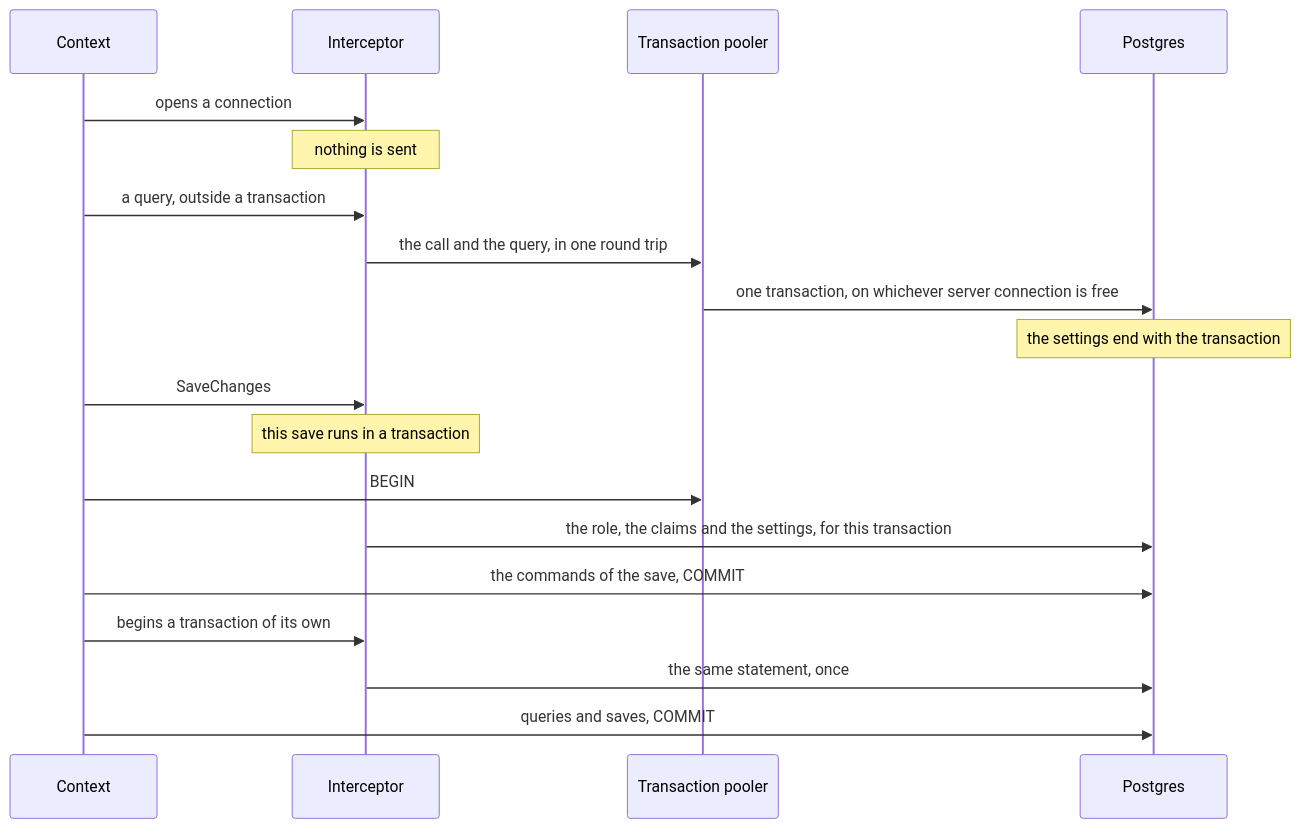
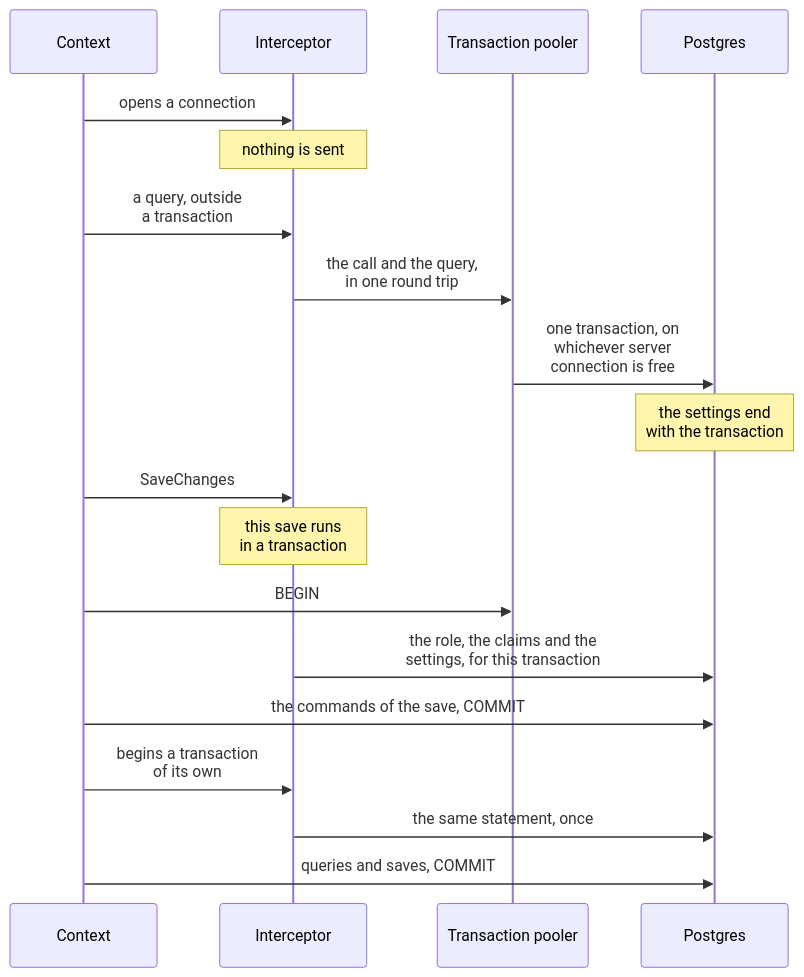
One commit to DylanSnel/DDDToolkit changed the second of 11 diagrams in docs/row-level-security.md. Above: the diagram before and after it, drawn with Mermaid. The commit also changed other lines of this file and 9 other files, not shown here.

````diff
--- a/docs/row-level-security.md
+++ b/docs/row-level-security.md
@@ -167,21 +167,21 @@
 ```mermaid
 sequenceDiagram
     participant Context
     participant Interceptor
     participant Pooler as Transaction pooler
     participant Postgres
     Context->>Interceptor: opens a connection
     Note over Interceptor: nothing is sent
-    Context->>Interceptor: a query, outside a transaction
-    Interceptor->>Pooler: the call and the query, in one round trip
-    Pooler->>Postgres: one transaction, on whichever server connection is free
-    Note over Postgres: the settings end with the transaction
+    Context->>Interceptor: a query, outside<br/>a transaction
+    Interceptor->>Pooler: the call and the query,<br/>in one round trip
+    Pooler->>Postgres: one transaction, on<br/>whichever server<br/>connection is free
+    Note over Postgres: the settings end<br/>with the transaction
     Context->>Interceptor: SaveChanges
-    Note over Interceptor: this save runs in a transaction
+    Note over Interceptor: this save runs<br/>in a transaction
     Context->>Pooler: BEGIN
-    Interceptor->>Postgres: the role, the claims and the settings, for this transaction
+    Interceptor->>Postgres: the role, the claims and the<br/>settings, for this transaction
     Context->>Postgres: the commands of the save, COMMIT
-    Context->>Interceptor: begins a transaction of its own
+    Context->>Interceptor: begins a transaction<br/>of its own
     Interceptor->>Postgres: the same statement, once
     Context->>Postgres: queries and saves, COMMIT
 ```
````
